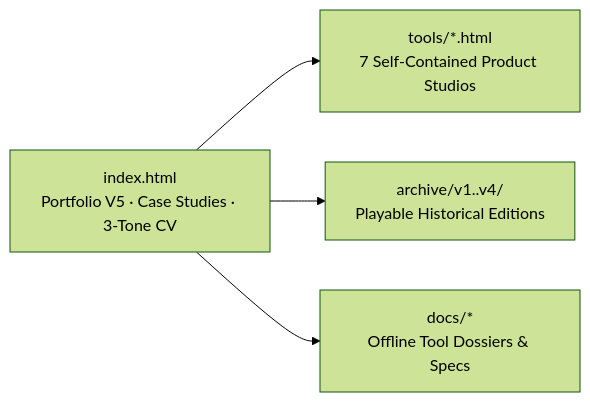
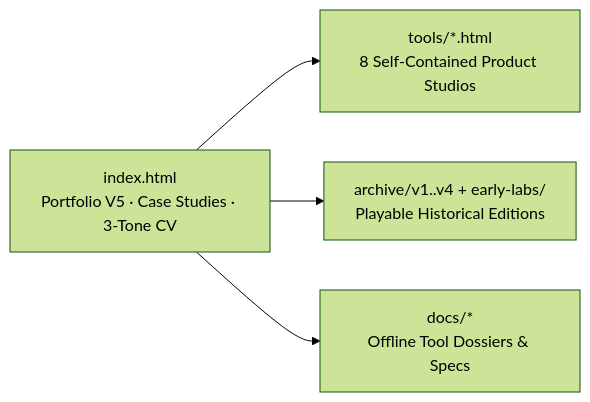
The diagram in README.md (alamehan/alamehan.github.io), drawn with Mermaid (forest theme) before and after one commit. The commit also changed other lines of this file and 2372 other files, not shown here.

````diff
--- a/README.md
+++ b/README.md
@@ -73,6 +74,6 @@
 ```mermaid
 flowchart LR
-  idx["index.html<br/>Portfolio V5 · Case Studies · 3-Tone CV"] --> tools["tools/*.html<br/>7 Self-Contained Product Studios"]
-  idx --> arch["archive/v1..v4/<br/>Playable Historical Editions"]
+  idx["index.html<br/>Portfolio V5 · Case Studies · 3-Tone CV"] --> tools["tools/*.html<br/>8 Self-Contained Product Studios"]
+  idx --> arch["archive/v1..v4 + early-labs/<br/>Playable Historical Editions"]
   idx --> docs["docs/*<br/>Offline Tool Dossiers & Specs"]
 ```
````
